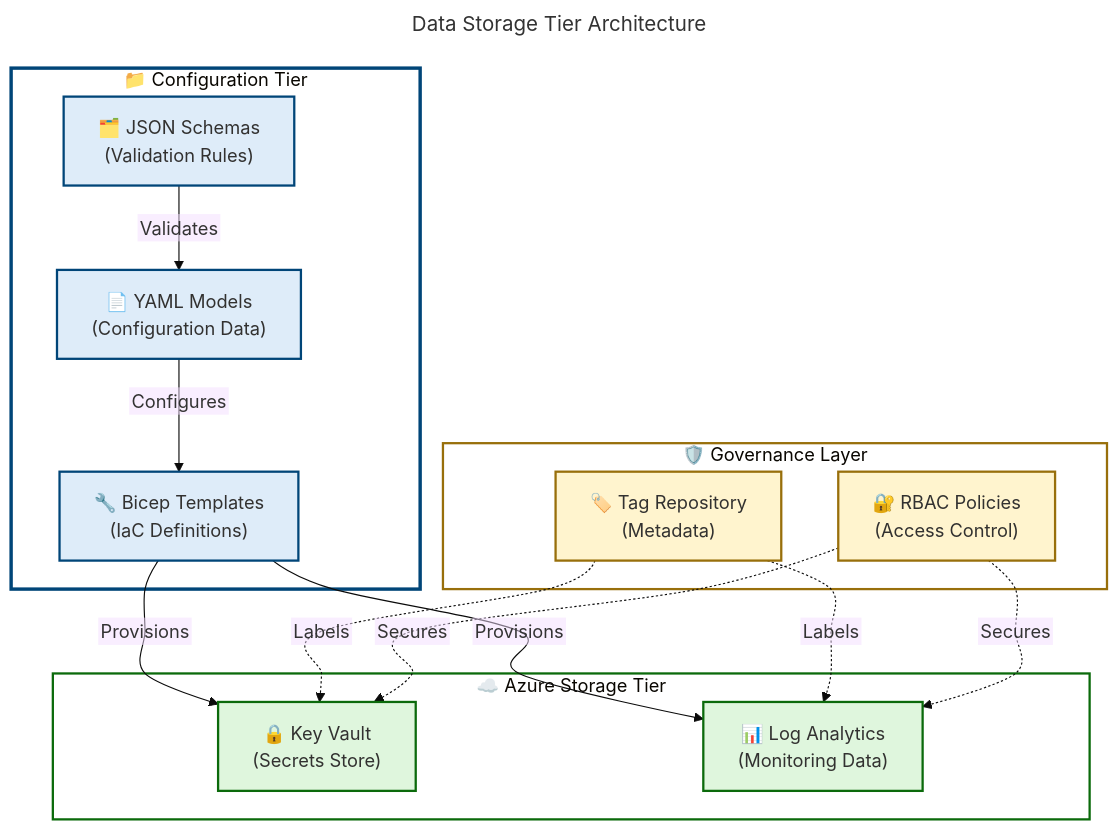
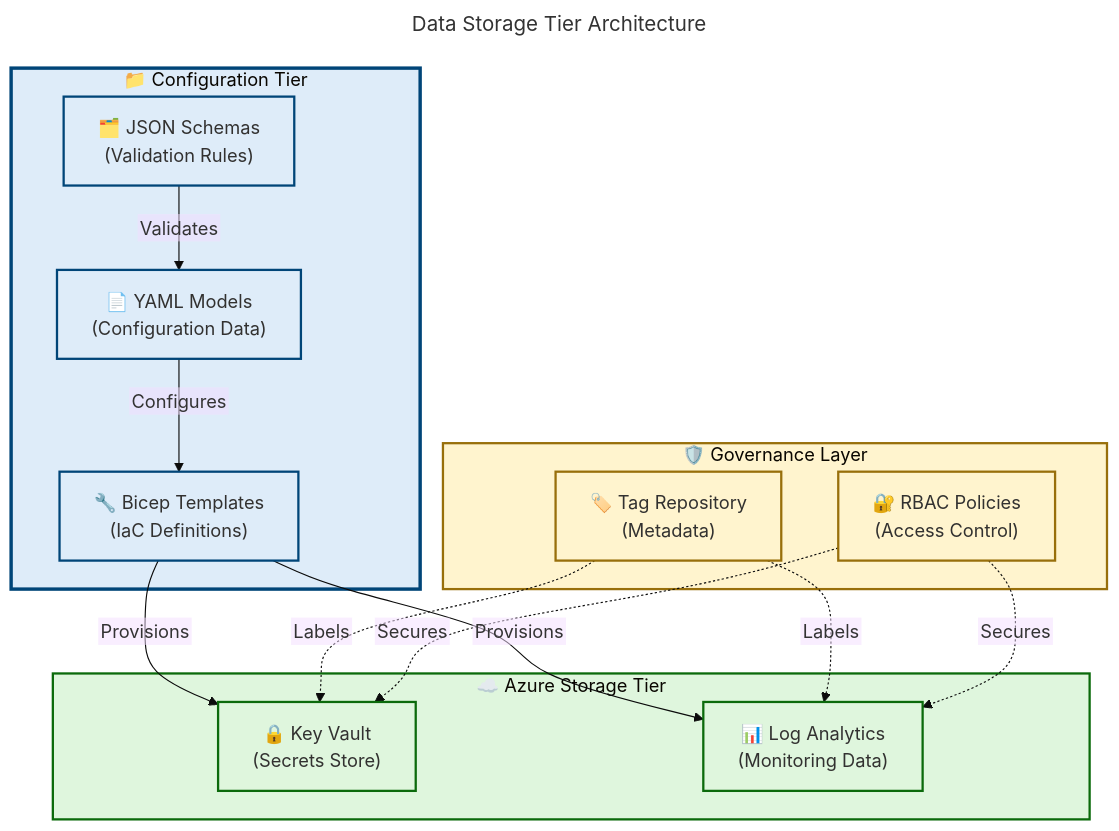
Before and after one commit to Evilazaro/DevExp-DevBox: the first of 6 diagrams in docs/architecture/Data-Architecture.md, drawn with Mermaid. The commit also changed other lines of this file and 2 other files, not shown here.

Commit message:
fix: update flowchart curve style to 'basis' for improved visual consistency across architecture documents

````diff
--- a/docs/architecture/Data-Architecture.md
+++ b/docs/architecture/Data-Architecture.md
@@ -82,77 +82,78 @@
 ```mermaid
 ---
 title: Data Storage Tier Architecture
 config:
   theme: base
   themeVariables:
     fontSize: '16px'
   flowchart:
     htmlLabels: false
-    curve: cardinal
+    curve: basis
     nodeSpacing: 50
     rankSpacing: 50
 ---
 flowchart TB
     accTitle: Data Storage Tier Architecture
     accDescr: Architectural diagram showing storage tiers from configuration files through Azure services to governance layer with validation and provisioning relationships
 
     %% ═══════════════════════════════════════════════════════════════════════════
     %% AZURE / FLUENT ARCHITECTURE PATTERN v1.1
     %% (Semantic + Structural + Font + Accessibility Governance)
     %% ═══════════════════════════════════════════════════════════════════════════
     %% PHASE 1 - STRUCTURAL: TB direction explicit, 3 subgraphs at same level
     %% PHASE 2 - SEMANTIC: 3 semantic colors with architectural justification:
     %%   azureBlue (#DEECF9) = configuration tier (information/validation)
     %%   successGreen (#DFF6DD) = Azure storage tier (successful deployment)
     %%   sharedYellow (#FFF4CE) = governance layer (cross-cutting concerns)
     %% PHASE 3 - FONT: Dark text #323130 on light backgrounds (WCAG AA 4.5:1 contrast)
     %% PHASE 4 - ACCESSIBILITY: accTitle/accDescr present, all nodes have emoji icons
     %% PHASE 5 - STANDARD: 3 subgraphs at same level, semantic colors on content nodes
     %% ═══════════════════════════════════════════════════════════════════════════
 
     subgraph config["📁 Configuration Tier"]
         A1["🗂️ JSON Schemas<br/>(Validation Rules)"]:::azureBlue
         A2["📄 YAML Models<br/>(Configuration Data)"]:::azureBlue
         A3["🔧 Bicep Templates<br/>(IaC Definitions)"]:::azureBlue
     end
 
     subgraph azure["☁️ Azure Storage Tier"]
         B1["🔒 Key Vault<br/>(Secrets Store)"]:::successGreen
         B2["📊 Log Analytics<br/>(Monitoring Data)"]:::successGreen
     end
 
     subgraph governance["🛡️ Governance Layer"]
         C1["🏷️ Tag Repository<br/>(Metadata)"]:::sharedYellow
         C2["🔐 RBAC Policies<br/>(Access Control)"]:::sharedYellow
     end
 
     A1 -->|Validates| A2
     A2 -->|Configures| A3
     A3 -->|Provisions| B1
     A3 -->|Provisions| B2
     C1 -.->|Labels| B1
     C1 -.->|Labels| B2
     C2 -.->|Secures| B1
     C2 -.->|Secures| B2
 
     %% Required classDef palette (ALL 14 - MANDATORY per MRM-D002)
     classDef level1Group fill:#FFFFFF,stroke:#605E5C,stroke-width:3px,color:#323130
     classDef level2Group fill:#F3F2F1,stroke:#605E5C,stroke-width:2px,color:#323130
     classDef level3Group fill:#E1DFDD,stroke:#605E5C,stroke-width:2px,color:#323130
     classDef level4Group fill:#D2D0CE,stroke:#605E5C,stroke-width:1px,color:#323130
     classDef mainGroup fill:#FFFFFF,stroke:#605E5C,stroke-width:3px,color:#323130
     classDef subGroup fill:#F3F2F1,stroke:#605E5C,stroke-width:2px,color:#323130
     classDef azureBlue fill:#DEECF9,stroke:#004578,stroke-width:2px,color:#323130
     classDef successGreen fill:#DFF6DD,stroke:#0B6A0B,stroke-width:2px,color:#323130
     classDef errorRed fill:#FDE7E9,stroke:#A4262C,stroke-width:2px,color:#323130
     classDef sharedYellow fill:#FFF4CE,stroke:#986F0B,stroke-width:2px,color:#323130
     classDef warningOrange fill:#FDE7E9,stroke:#8A3707,stroke-width:2px,color:#323130
     classDef neutralPurple fill:#E1DFDD,stroke:#5B5FC7,stroke-width:2px,color:#323130
     classDef presenceTeal fill:#C8F0E7,stroke:#00666B,stroke-width:2px,color:#323130
     classDef neutralGrey fill:#F3F2F1,stroke:#605E5C,stroke-width:2px,color:#323130
 
     %% Subgraph styling (3 subgraphs = 3 style directives)
-    style config fill:#FFFFFF,stroke:#004578,stroke-width:3px
-    style azure fill:#FFFFFF,stroke:#0B6A0B,stroke-width:2px
-    style governance fill:#FFFFFF,stroke:#986F0B,stroke-width:2px
+    %% CRITICAL: Functional siblings use semantic colors matching content purpose    
+    style config fill:#DEECF9,stroke:#004578,stroke-width:3px
+    style azure fill:#DFF6DD,stroke:#0B6A0B,stroke-width:2px
+    style governance fill:#FFF4CE,stroke:#986F0B,stroke-width:2px
 ```
````
